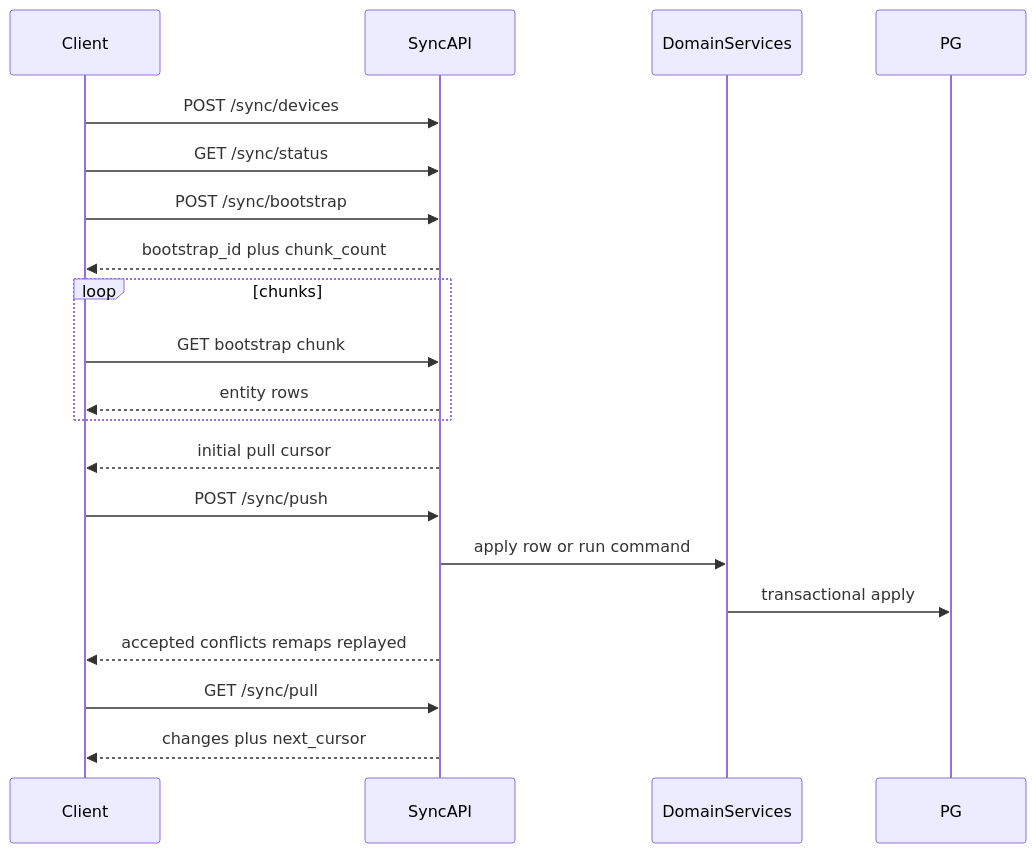
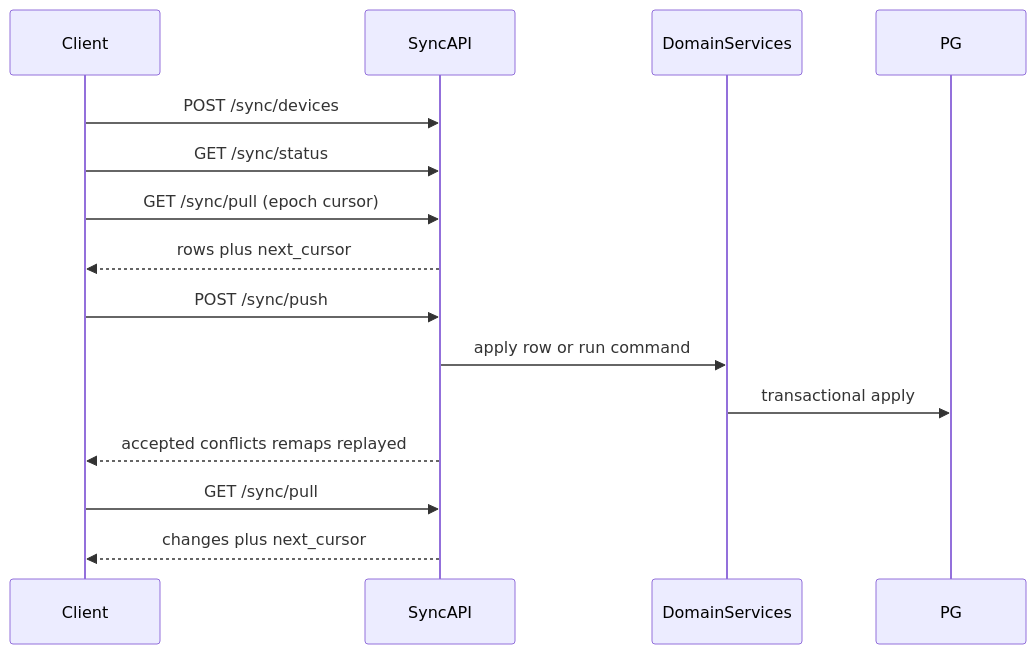
One commit to DevInDayslab/billing-baba changed the first of 2 diagrams in docs/11-sync-api-contract.md. Above: the diagram before and after it, drawn with Mermaid. The commit also changed other lines of this file and 56 other files, not shown here.

First line of the commit message:
feat(sync): simplify sync architecture and enhance API contract

````diff
--- a/docs/11-sync-api-contract.md
+++ b/docs/11-sync-api-contract.md
@@ -69,23 +69,18 @@
 ```mermaid
 sequenceDiagram
   participant Client
   participant SyncAPI
   participant DomainServices
   participant PG
 
   Client->>SyncAPI: POST /sync/devices
   Client->>SyncAPI: GET /sync/status
-  Client->>SyncAPI: POST /sync/bootstrap
-  SyncAPI-->>Client: bootstrap_id plus chunk_count
-  loop chunks
-    Client->>SyncAPI: GET bootstrap chunk
-    SyncAPI-->>Client: entity rows
-  end
-  SyncAPI-->>Client: initial pull cursor
+  Client->>SyncAPI: GET /sync/pull (epoch cursor)
+  SyncAPI-->>Client: rows plus next_cursor
   Client->>SyncAPI: POST /sync/push
   SyncAPI->>DomainServices: apply row or run command
   DomainServices->>PG: transactional apply
   SyncAPI-->>Client: accepted conflicts remaps replayed
   Client->>SyncAPI: GET /sync/pull
   SyncAPI-->>Client: changes plus next_cursor
 ```
````
